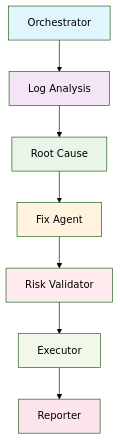
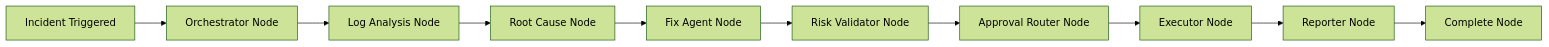
The second of 2 diagrams in README.md (munawarali345/resolvix-ai-autopilo), drawn with Mermaid (forest theme) before and after one commit. The commit also changed other lines of this file and 231 other files, not shown here.

````diff
--- a/README.md
+++ b/README.md
@@ -15,17 +49,12 @@
 ```mermaid
-graph TD
-    A[Orchestrator] --> B[Log Analysis]
-    B --> C[Root Cause]
-    C --> D[Fix Agent]
-    D --> E[Risk Validator]
-    E --> F[Executor]
-    F --> G[Reporter]
-
-    style A fill:#e1f5fe
-    style B fill:#f3e5f5
-    style C fill:#e8f5e8
-    style D fill:#fff3e0
-    style E fill:#ffebee
-    style F fill:#f1f8e9
-    style G fill:#fce4ec
+flowchart LR
+    A[Incident Triggered] --> B[Orchestrator Node]
+    B --> C[Log Analysis Node]
+    C --> D[Root Cause Node]
+    D --> E[Fix Agent Node]
+    E --> F[Risk Validator Node]
+    F --> G[Approval Router Node]
+    G --> H[Executor Node]
+    H --> I[Reporter Node]
+    I --> J[Complete Node]
 ```
````
